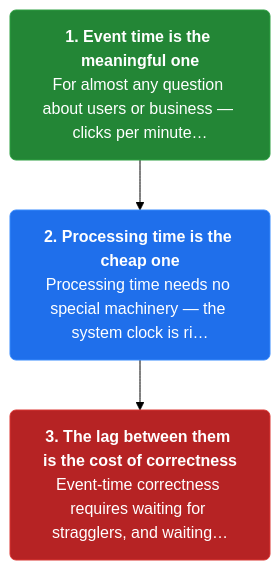
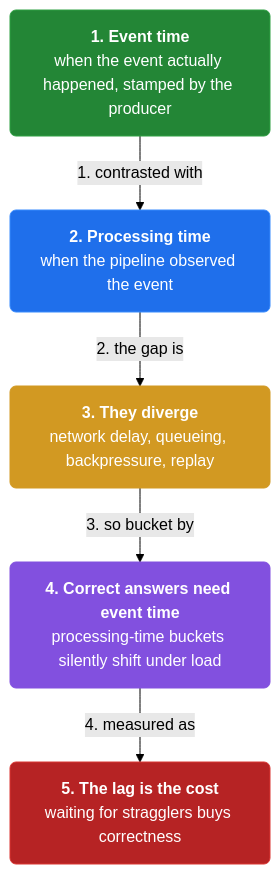
Before and after one commit to vinayakuber/streaming-systems-study-guide: the second of 19 diagrams in docs/ch01-streaming-101.md, drawn with Mermaid (forest theme). The commit also changed other lines of this file and 12 other files, not shown here.

First line of the commit message:
Author per-section and per-card mermaid diagrams (110 diagrams)

````diff
--- a/docs/ch01-streaming-101.md
+++ b/docs/ch01-streaming-101.md
@@ -53,11 +59,17 @@
 ```mermaid
 flowchart TD
-  classDef step fill:#1f6feb,color:#ffffff,stroke:#388bfd,stroke-width:1px,rx:6
+  classDef step fill:#1f6feb,color:#ffffff,stroke:#388bfd,rx:6
+  classDef core fill:#8250df,color:#ffffff,stroke:#8250df,rx:6
+  classDef warn fill:#d29922,color:#ffffff,stroke:#d29922,rx:6
   classDef start fill:#238636,color:#ffffff,stroke:#2ea043,rx:6
   classDef stop fill:#b62324,color:#ffffff,stroke:#da3633,rx:6
-  s1n0["<b>1. Event time is the meaningful one</b><br/>For almost any question about users or business — clicks per minute…"]:::start
-  s1n1["<b>2. Processing time is the cheap one</b><br/>Processing time needs no special machinery — the system clock is ri…"]:::step
-  s1n2["<b>3. The lag between them is the cost of correctness</b><br/>Event-time correctness requires waiting for stragglers, and waiting…"]:::stop
-  s1n0 --> s1n1
-  s1n1 --> s1n2
+  n0["<b>1. Event time</b><br/>when the event actually happened, stamped by the producer"]:::start
+  n1["<b>2. Processing time</b><br/>when the pipeline observed the event"]:::step
+  n2["<b>3. They diverge</b><br/>network delay, queueing, backpressure, replay"]:::warn
+  n3["<b>4. Correct answers need event time</b><br/>processing-time buckets silently shift under load"]:::core
+  n4["<b>5. The lag is the cost</b><br/>waiting for stragglers buys correctness"]:::stop
+  n0 -->|"1. contrasted with"| n1
+  n1 -->|"2. the gap is"| n2
+  n2 -->|"3. so bucket by"| n3
+  n3 -->|"4. measured as"| n4
 ```
````
